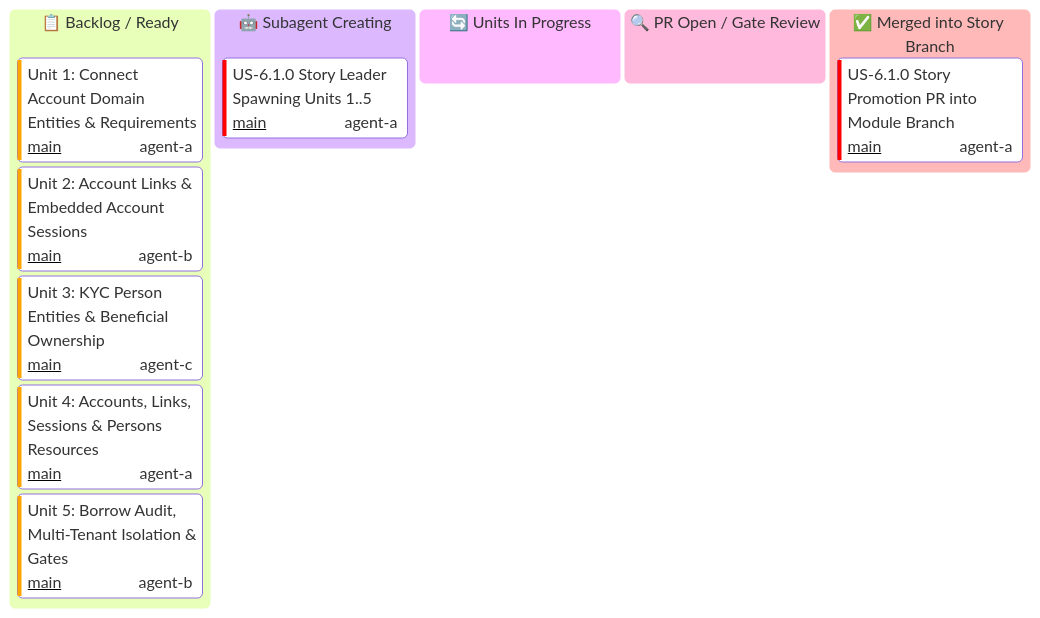
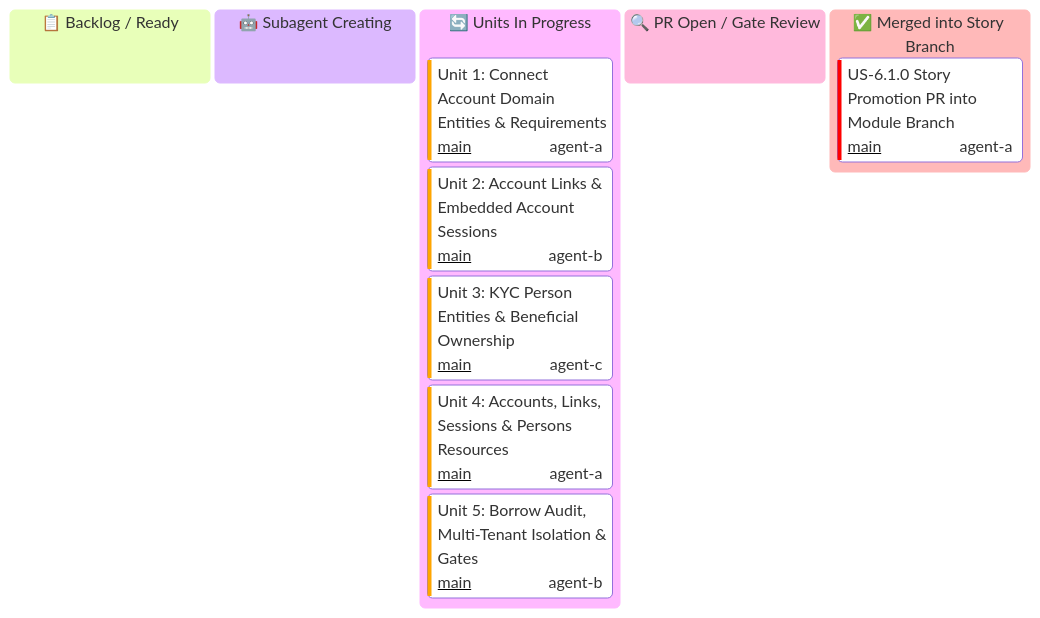
One commit to some-of-cs/some-stripe changed the diagram in docs/user-stories/module-6-connect-and-marketplaces/US-6.1.0-KANBAN.md. Above: the diagram before and after it, drawn with Mermaid. The commit also changed other lines of this file, not shown here.

Commit message:
docs(us-6.1.0): mark units 1..5 in progress in kanban

````diff
--- a/docs/user-stories/module-6-connect-and-marketplaces/US-6.1.0-KANBAN.md
+++ b/docs/user-stories/module-6-connect-and-marketplaces/US-6.1.0-KANBAN.md
@@ -15,20 +15,19 @@
 ```mermaid
 ---
 config:
   kanban:
     ticketBaseUrl: 'https://github.com/some-of-cs/some-stripe/pull/#TICKET#'
 ---
 kanban
   todo[📋 Backlog / Ready]
+  spawning[🤖 Subagent Creating]
+  in_progress[🔄 Units In Progress]
     u611[Unit 1: Connect Account Domain Entities & Requirements]@{ ticket: 'main', assigned: 'agent-a', priority: 'High' }
     u612[Unit 2: Account Links & Embedded Account Sessions]@{ ticket: 'main', assigned: 'agent-b', priority: 'High' }
     u613[Unit 3: KYC Person Entities & Beneficial Ownership]@{ ticket: 'main', assigned: 'agent-c', priority: 'High' }
     u614[Unit 4: Accounts, Links, Sessions & Persons Resources]@{ ticket: 'main', assigned: 'agent-a', priority: 'High' }
     u615[Unit 5: Borrow Audit, Multi-Tenant Isolation & Gates]@{ ticket: 'main', assigned: 'agent-b', priority: 'High' }
-  spawning[🤖 Subagent Creating]
-    s61_spawning[US-6.1.0 Story Leader Spawning Units 1..5]@{ ticket: 'main', assigned: 'agent-a', priority: 'Very High' }
-  in_progress[🔄 Units In Progress]
   review[🔍 PR Open / Gate Review]
   done[✅ Merged into Story Branch]
     s61_pr[US-6.1.0 Story Promotion PR into Module Branch]@{ ticket: 'main', assigned: 'agent-a', priority: 'Very High' }
 ```
````
